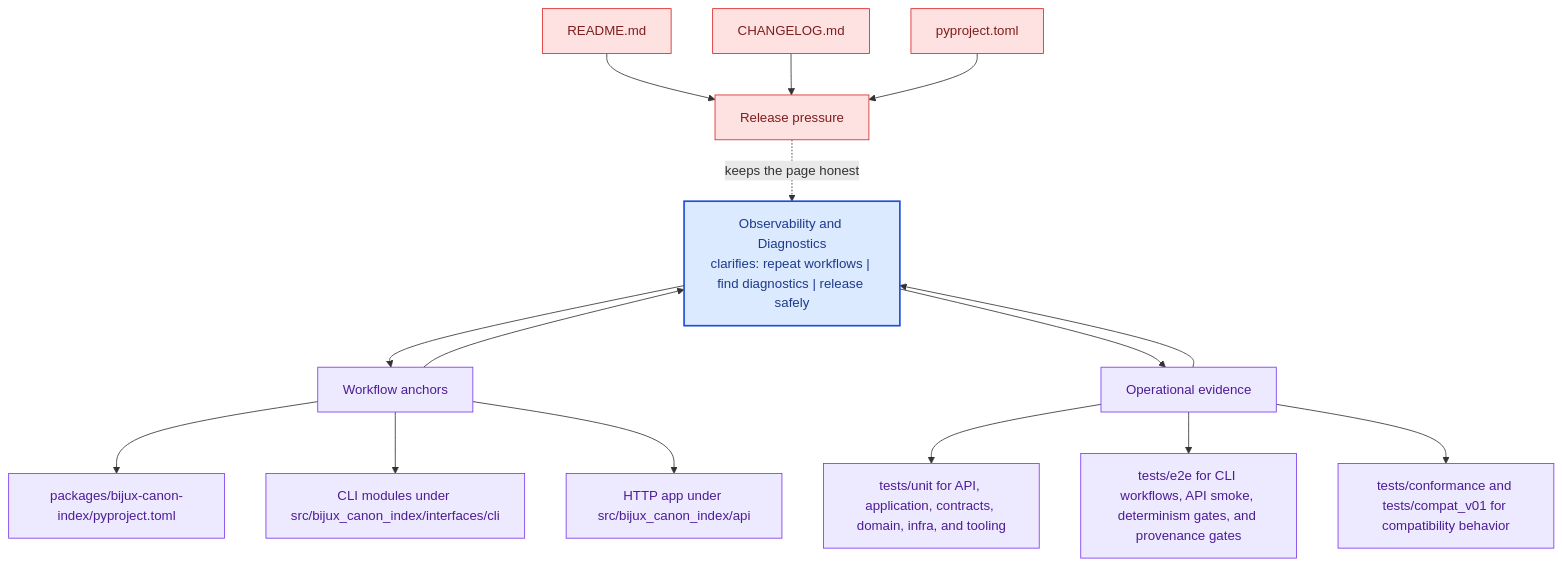
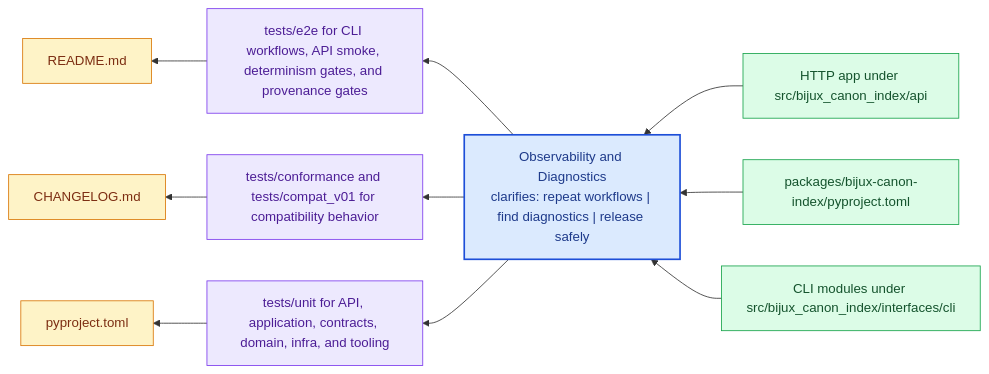
Before and after one commit to bijux/bijux-canon: the diagram in docs/bijux-canon-index/operations/observability-and-diagnostics.md, drawn with Mermaid. The commit also changed other lines of this file and 281 other files, not shown here.

Commit message:
docs(diagrams): replace repeated mermaid scaffolds with page-specific summaries

````diff
--- a/docs/bijux-canon-index/operations/observability-and-diagnostics.md
+++ b/docs/bijux-canon-index/operations/observability-and-diagnostics.md
@@ -66,41 +21,31 @@
 ```mermaid
-flowchart TB
-    promise["Observability and Diagnostics<br/>clarifies: repeat workflows | find diagnostics | release safely"]
-    classDef promise fill:#dbeafe,stroke:#1d4ed8,color:#1e3a8a,stroke-width:2px;
-    classDef driver fill:#dcfce7,stroke:#16a34a,color:#14532d;
-    classDef constraint fill:#fee2e2,stroke:#dc2626,color:#7f1d1d;
-    classDef ground fill:#ede9fe,stroke:#7c3aed,color:#4c1d95;
-    focus1["Workflow anchors"]
-    focus1 --> promise
-    promise --> focus1
-    focus1_1["packages/bijux-canon-index/pyproject.toml"]
-    focus1 --> focus1_1
-    focus1_2["CLI modules under src/bijux_canon_index/interfaces/cli"]
-    focus1 --> focus1_2
-    focus1_3["HTTP app under src/bijux_canon_index/api"]
-    focus1 --> focus1_3
-    class focus1 ground;
-    class focus1_1,focus1_2,focus1_3 ground;
-    focus2["Operational evidence"]
-    focus2 --> promise
-    promise --> focus2
-    focus2_1["tests/unit for API, application, contracts, domain, infra, and tooling"]
-    focus2 --> focus2_1
-    focus2_2["tests/e2e for CLI workflows, API smoke, determinism gates, and provenance gates"]
-    focus2 --> focus2_2
-    focus2_3["tests/conformance and tests/compat_v01 for compatibility behavior"]
-    focus2 --> focus2_3
-    class focus2 ground;
-    class focus2_1,focus2_2,focus2_3 ground;
-    focus3["Release pressure"]
-    focus3 -.keeps the page honest.-> promise
-    focus3_1["README.md"]
-    focus3_1 --> focus3
-    focus3_2["CHANGELOG.md"]
-    focus3_2 --> focus3
-    focus3_3["pyproject.toml"]
-    focus3_3 --> focus3
-    class focus3 constraint;
-    class focus3_1,focus3_2,focus3_3 constraint;
-    class promise promise;
+flowchart RL
+    page["Observability and Diagnostics<br/>clarifies: repeat workflows | find diagnostics | release safely"]
+    classDef page fill:#dbeafe,stroke:#1d4ed8,color:#1e3a8a,stroke-width:2px;
+    classDef positive fill:#dcfce7,stroke:#16a34a,color:#14532d;
+    classDef caution fill:#fee2e2,stroke:#dc2626,color:#7f1d1d;
+    classDef anchor fill:#ede9fe,stroke:#7c3aed,color:#4c1d95;
+    classDef action fill:#fef3c7,stroke:#d97706,color:#7c2d12;
+    step1["HTTP app under src/bijux_canon_index/api"]
+    step1 --> page
+    step2["packages/bijux-canon-index/pyproject.toml"]
+    step2 --> page
+    step3["CLI modules under src/bijux_canon_index/interfaces/cli"]
+    step3 --> page
+    run1["tests/e2e for CLI workflows, API smoke, determinism gates, and provenance gates"]
+    page --> run1
+    run2["tests/conformance and tests/compat_v01 for compatibility behavior"]
+    page --> run2
+    run3["tests/unit for API, application, contracts, domain, infra, and tooling"]
+    page --> run3
+    release1["README.md"]
+    run1 --> release1
+    release2["CHANGELOG.md"]
+    run2 --> release2
+    release3["pyproject.toml"]
+    run3 --> release3
+    class page page;
+    class step1,step2,step3 positive;
+    class run1,run2,run3 anchor;
+    class release1,release2,release3 action;
 ```
````
